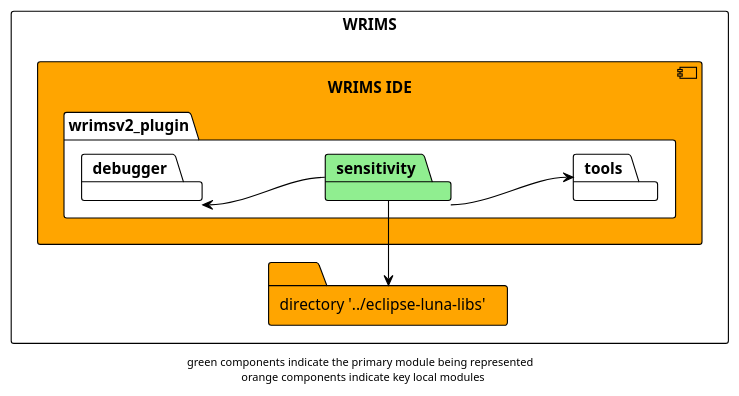
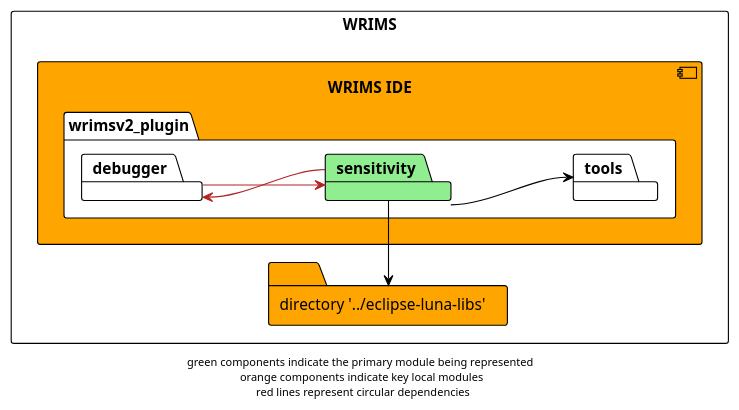
Before and after one commit to CentralValleyModeling/wrims: the diagram in docs/diagrams/wrims-ide/wrims-ide_sensitivity.plantuml, drawn with PlantUML. The commit also changed 11 other files, not shown here.

Commit message:
Updated dependency diagrams, updated generation script

```diff
--- a/docs/diagrams/wrims-ide/wrims-ide_sensitivity.plantuml
+++ b/docs/diagrams/wrims-ide/wrims-ide_sensitivity.plantuml
@@ -1,23 +1,25 @@
 @startuml
 
 !theme plain
 left to right direction
 skinparam linetype ortho
 
 rectangle WRIMS {
     component wrims-ide as "WRIMS IDE" #orange {
         package wrimsv2_plugin {
             package sensitivity #lightgreen
             package tools
             package debugger
         }
     }
 
     folder luna_libs as "directory '../eclipse-luna-libs'" #orange
 }
 sensitivity -r-> luna_libs
 sensitivity --> tools
-sensitivity -u-> debugger
+sensitivity -u-> debugger #firebrick
 
-footer "green components indicate the primary module being represented \n orange components indicate key local modules"
+debugger -> sensitivity #firebrick
+
+footer "green components indicate the primary module being represented \n orange components indicate key local modules \n red lines represent circular dependencies"
 @enduml
```
